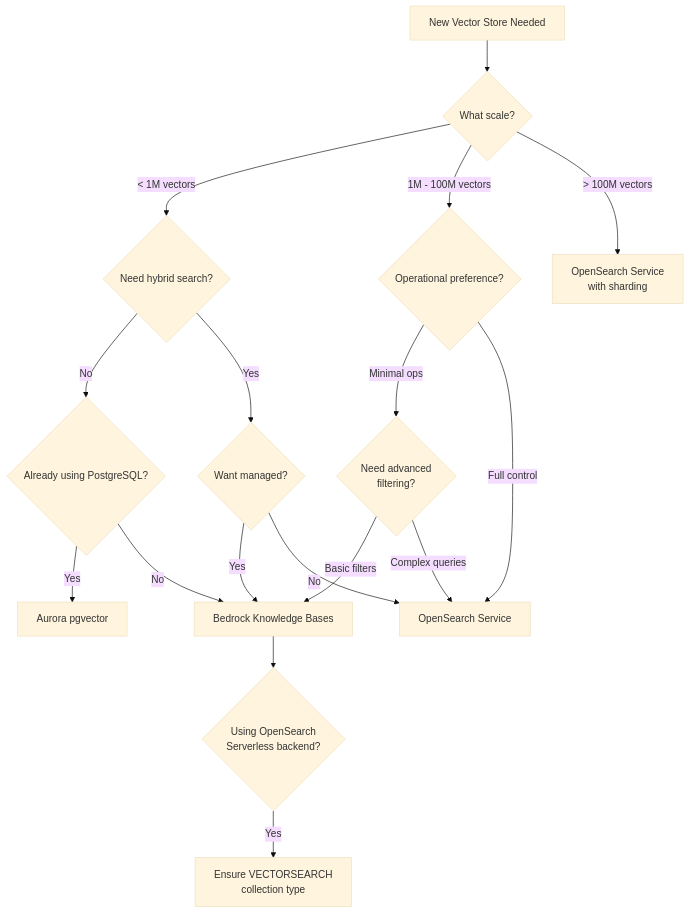
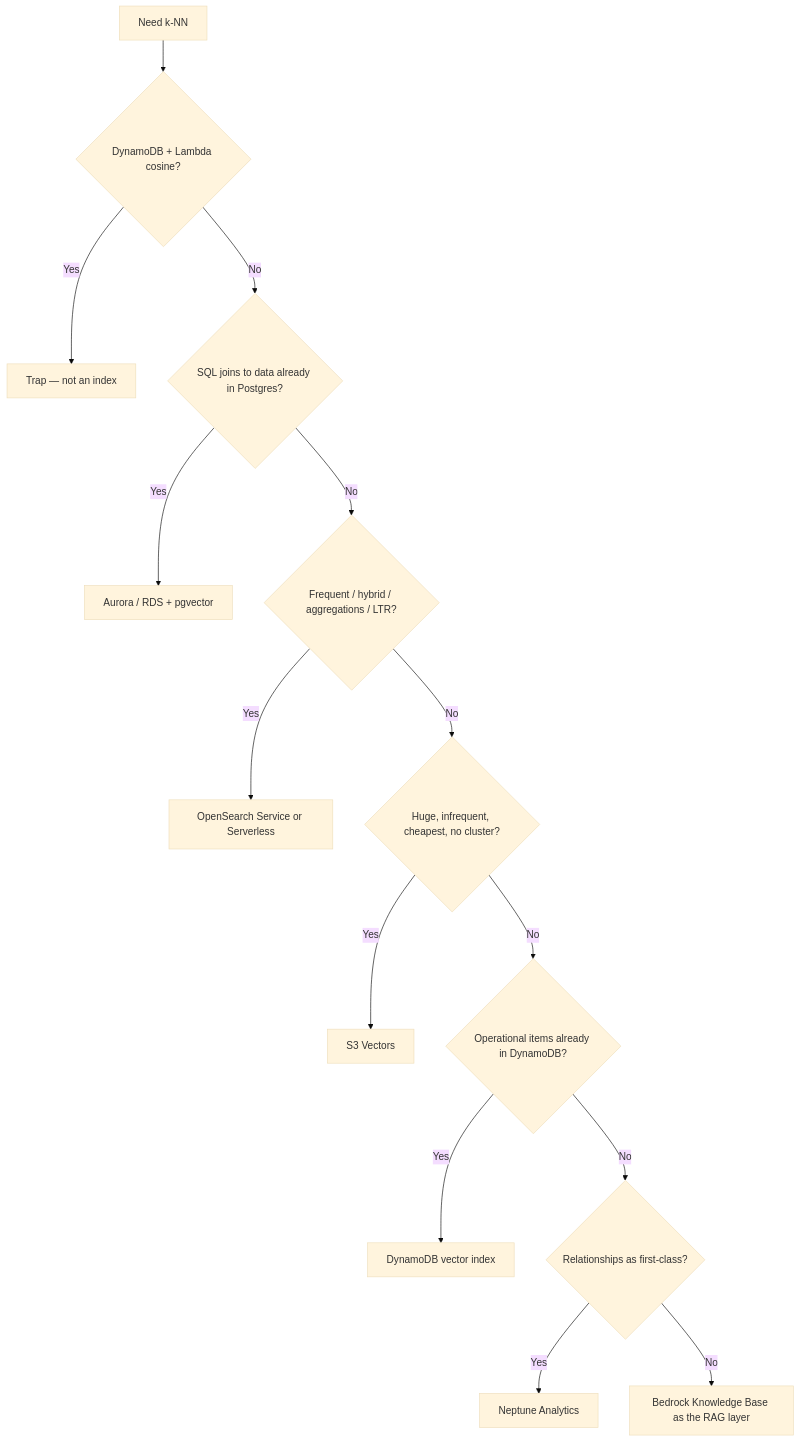
The second of 3 diagrams in src/data/content/domain-1/vector-stores.md (bme3412/aws-ai-developer-redux), drawn with Mermaid (base theme) before and after one commit. The commit also changed other lines of this file and 58 other files, not shown here.

````diff
--- a/src/data/content/domain-1/vector-stores.md
+++ b/src/data/content/domain-1/vector-stores.md
@@ -176,26 +64,16 @@
 ```mermaid
-graph TD
-    A[New Vector Store Needed] --> B{What scale?}
-
-    B -->|< 1M vectors| C{Need hybrid search?}
-    B -->|1M - 100M vectors| D{Operational preference?}
-    B -->|> 100M vectors| E[OpenSearch Service<br/>with sharding]
-
-    C -->|No| F{Already using PostgreSQL?}
-    C -->|Yes| G{Want managed?}
-
-    F -->|Yes| H[Aurora pgvector]
-    F -->|No| I[Bedrock Knowledge Bases]
-
-    G -->|Yes| I
-    G -->|No| J[OpenSearch Service]
-
-    D -->|Minimal ops| K{Need advanced<br/>filtering?}
-    D -->|Full control| J
-
-    K -->|Basic filters| I
-    K -->|Complex queries| J
-
-    I --> L{Using OpenSearch<br/>Serverless backend?}
-    L -->|Yes| M[Ensure VECTORSEARCH<br/>collection type]
+flowchart TD
+    A[Need k-NN] --> B{DynamoDB + Lambda cosine?}
+    B -->|Yes| T[Trap — not an index]
+    B -->|No| C{SQL joins to data already in Postgres?}
+    C -->|Yes| RDS[Aurora / RDS + pgvector]
+    C -->|No| D{Frequent / hybrid / aggregations / LTR?}
+    D -->|Yes| OS[OpenSearch Service or Serverless]
+    D -->|No| E{Huge, infrequent, cheapest, no cluster?}
+    E -->|Yes| S3V[S3 Vectors]
+    E -->|No| F{Operational items already in DynamoDB?}
+    F -->|Yes| DDB[DynamoDB vector index]
+    F -->|No| G{Relationships as first-class?}
+    G -->|Yes| NEP[Neptune Analytics]
+    G -->|No| KB[Bedrock Knowledge Base as the RAG layer]
 ```
````
